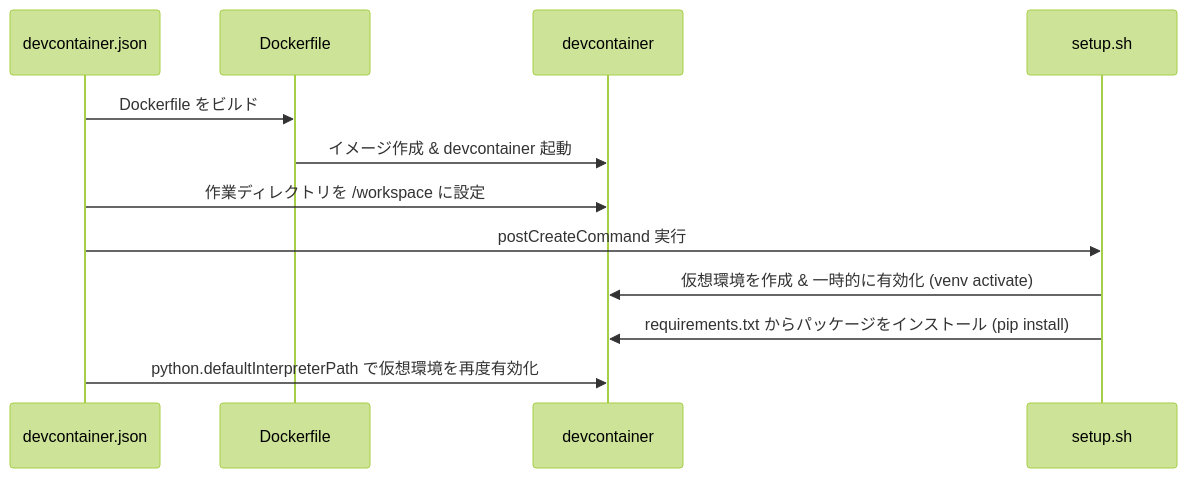
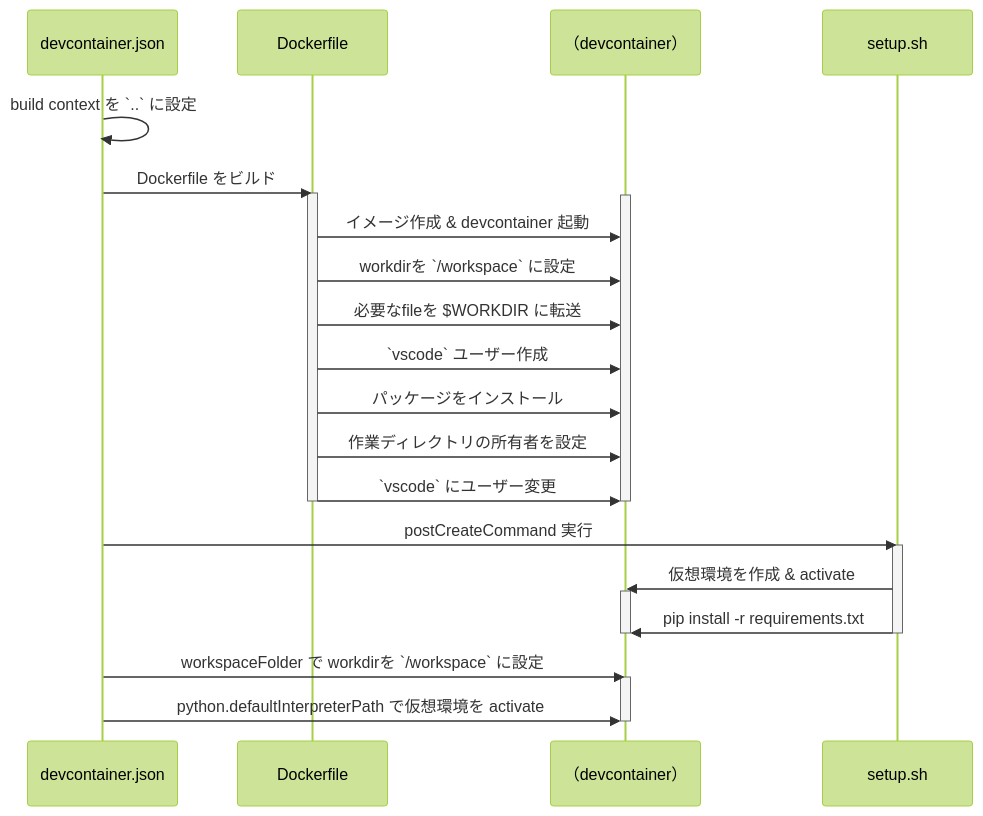
One commit to duri0214/docker_world changed the diagram in README.md. Above: the diagram before and after it, drawn with Mermaid (forest theme). The commit also changed 1 other file, not shown here.

````diff
--- a/README.md
+++ b/README.md
@@ -47,15 +47,34 @@
 ```mermaid
 sequenceDiagram
     participant DevContainer as devcontainer.json
     participant Docker as Dockerfile
-    participant DevContainerInstance as devcontainer
+    participant DevContainerInstance as （devcontainer）
     participant SetupScript as setup.sh
 
+    DevContainer->>DevContainer: build context を `..` に設定
     DevContainer->>Docker: Dockerfile をビルド
+    activate Docker
+    activate DevContainerInstance
     Docker->>DevContainerInstance: イメージ作成 & devcontainer 起動
-    DevContainer->>DevContainerInstance: 作業ディレクトリを /workspace に設定
+    Docker->>DevContainerInstance: workdirを `/workspace` に設定
+    Docker->>DevContainerInstance: 必要なfileを $WORKDIR に転送
+    Docker->>DevContainerInstance: `vscode` ユーザー作成
+    Docker->>DevContainerInstance: パッケージをインストール
+    Docker->>DevContainerInstance: 作業ディレクトリの所有者を設定
+    Docker->>DevContainerInstance: `vscode` にユーザー変更
+    deactivate Docker
+    deactivate DevContainerInstance
+
     DevContainer->>SetupScript: postCreateCommand 実行
-    SetupScript->>DevContainerInstance: 仮想環境を作成 & 一時的に有効化 (venv activate)
-    SetupScript->>DevContainerInstance: requirements.txt からパッケージをインストール (pip install)
-    DevContainer->>DevContainerInstance: python.defaultInterpreterPath で仮想環境を再度有効化
+    activate SetupScript
+    SetupScript->>DevContainerInstance: 仮想環境を作成 & activate
+    activate DevContainerInstance
+    SetupScript->>DevContainerInstance: pip install -r requirements.txt
+    deactivate DevContainerInstance
+    deactivate SetupScript
+    
+    DevContainer->>DevContainerInstance: workspaceFolder で workdirを `/workspace` に設定
+    activate DevContainerInstance
+    DevContainer->>DevContainerInstance: python.defaultInterpreterPath で仮想環境を activate
+    deactivate DevContainerInstance
 ```
````
